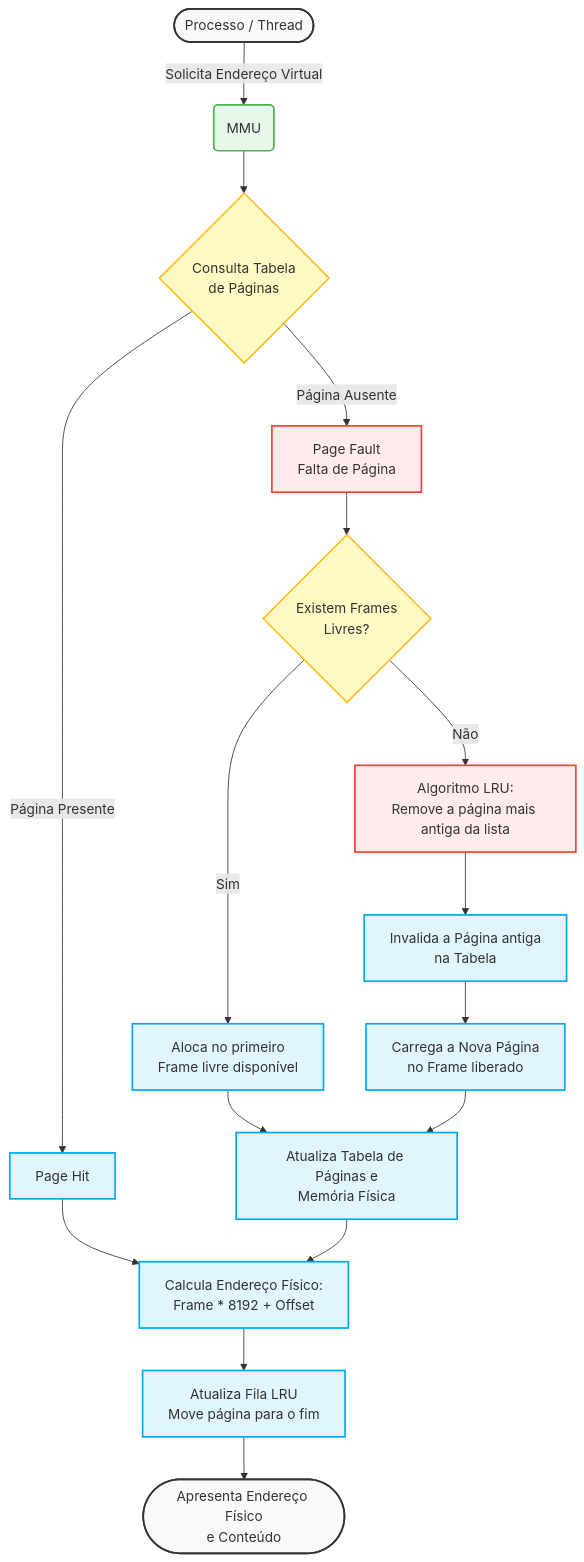
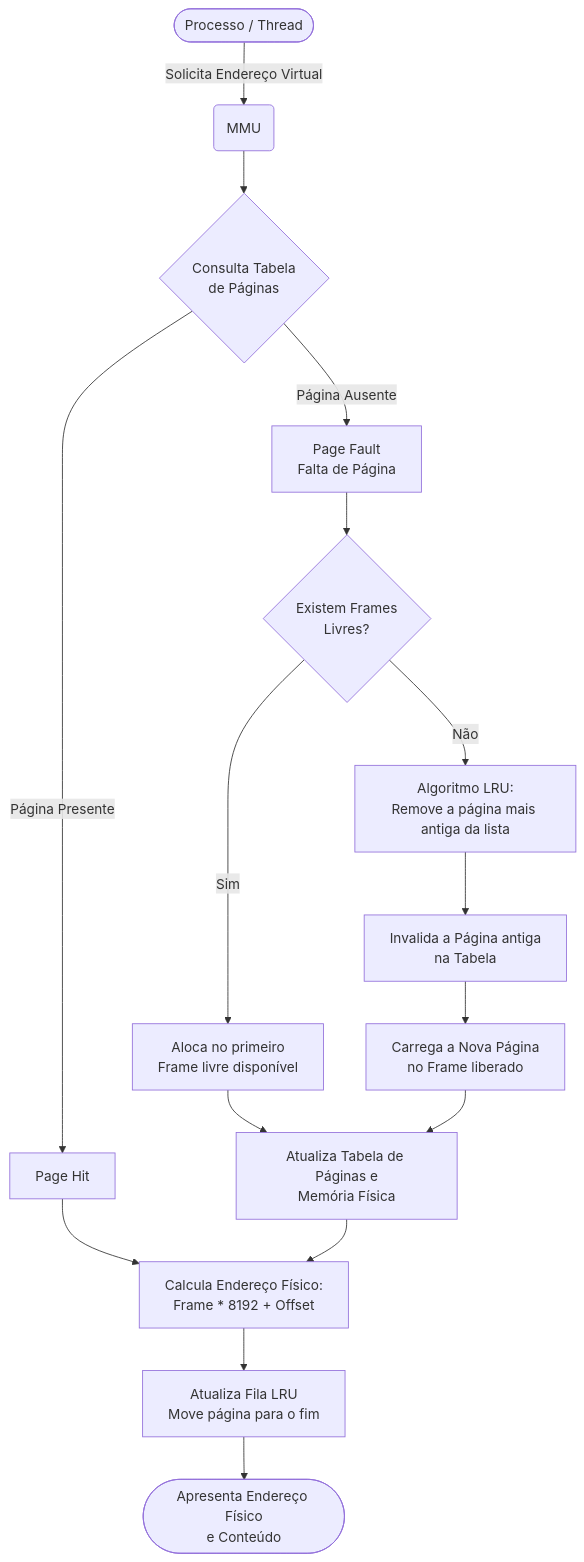
One commit to tioneOliveira/Python-MMU-Simulator changed the diagram in README.md. Above: the diagram before and after it, drawn with Mermaid.

Commit message:
updated mermaid

````diff
--- a/README.md
+++ b/README.md
@@ -18,41 +18,23 @@
 ```mermaid
 graph TD
-    %% Nós e Conexões Principais
     A([Processo / Thread]) -->|Solicita Endereço Virtual| B(MMU)
     B --> C{Consulta Tabela<br>de Páginas}
     
-    %% Ramificação de Hit
     C -->|Página Presente| D[Page Hit]
     D --> E[Calcula Endereço Físico:<br>Frame * 8192 + Offset]
     
-    %% Ramificação de Fault
     C -->|Página Ausente| F[Page Fault<br>Falta de Página]
     F --> G{Existem Frames<br>Livres?}
     
     G -->|Sim| H[Aloca no primeiro<br>Frame livre disponível]
     G -->|Não| I[Algoritmo LRU:<br>Remove a página mais antiga da lista]
     I --> J[Invalida a Página antiga<br>na Tabela]
     J --> K[Carrega a Nova Página<br>no Frame liberado]
     
     H --> L[Atualiza Tabela de Páginas e<br>Memória Física]
     K --> L
     L --> E
     
-    %% Fim
     E --> M[Atualiza Fila LRU<br>Move página para o fim]
     M --> N([Apresenta Endereço Físico<br>e Conteúdo])
-
-    %% Estilos (Classes)
-    classDef startStop fill:#f9f9f9,stroke:#333,stroke-width:2px;
-    classDef process fill:#e1f5fe,stroke:#03a9f4,stroke-width:2px;
-    classDef decision fill:#fff9c4,stroke:#fbc02d,stroke-width:2px;
-    classDef mmu fill:#e8f5e9,stroke:#4caf50,stroke-width:2px;
-    classDef fault fill:#ffebee,stroke:#f44336,stroke-width:2px;
-
-    %% Atribuição das Classes aos Nós
-    class A,N startStop;
-    class D,E,H,J,K,L,M process;
-    class C,G decision;
-    class B mmu;
-    class F,I fault;
 ```
````
